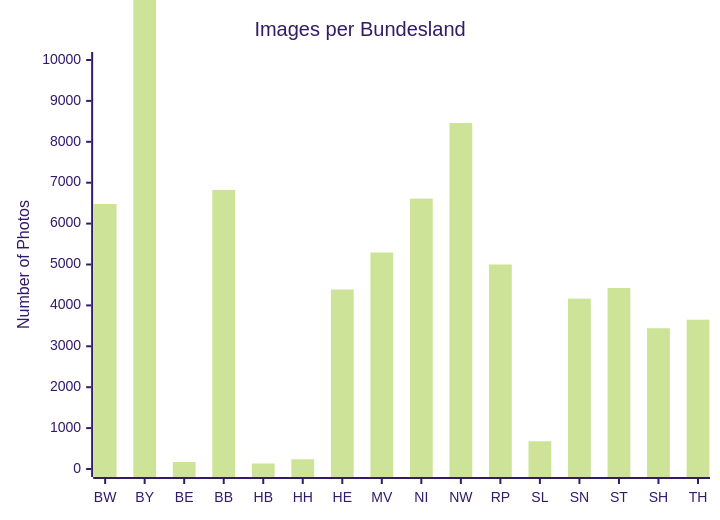
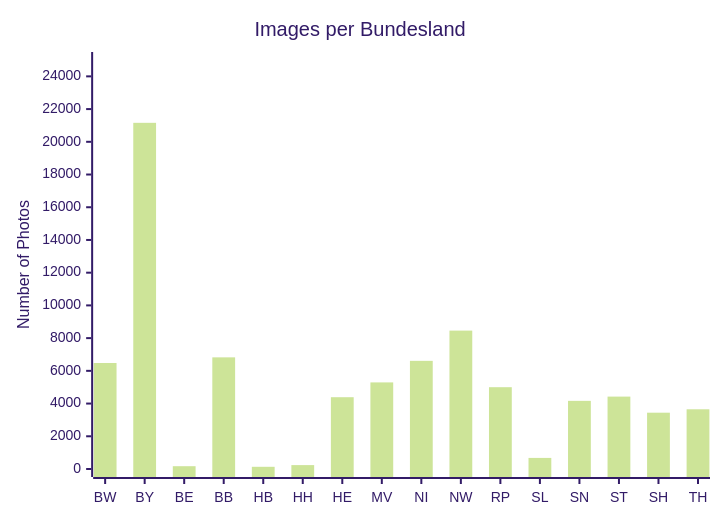
Before and after one commit to marcowaldi/square_germany: the fourth of 4 diagrams in README.md, drawn with Mermaid (forest theme). The commit also changed other lines of this file, not shown here.

````diff
--- a/README.md
+++ b/README.md
@@ -160,7 +160,7 @@
 ```mermaid
 xychart-beta
     title "Images per Bundesland"
     x-axis ["BW", "BY", "BE", "BB", "HB", "HH", "HE", "MV", "NI", "NW", "RP", "SL", "SN", "ST", "SH", "TH"]
-    y-axis "Number of Photos" 0 --> 10000
+    y-axis "Number of Photos" 0 --> 25000
     bar [6480, 21160, 171, 6824, 135, 238, 4388, 5293, 6611, 8459, 5000, 678, 4165, 4425, 3442, 3650]
 ```
````
